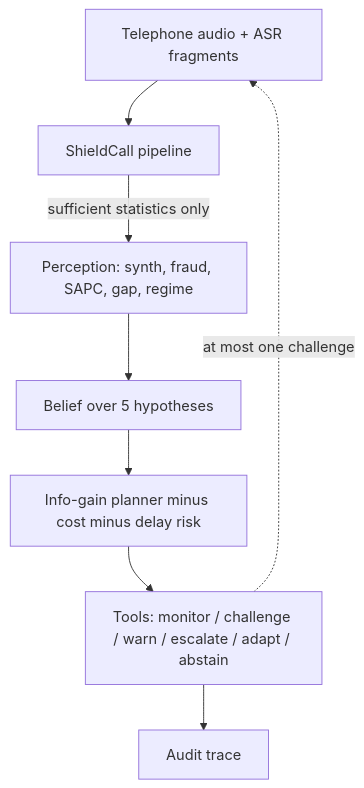
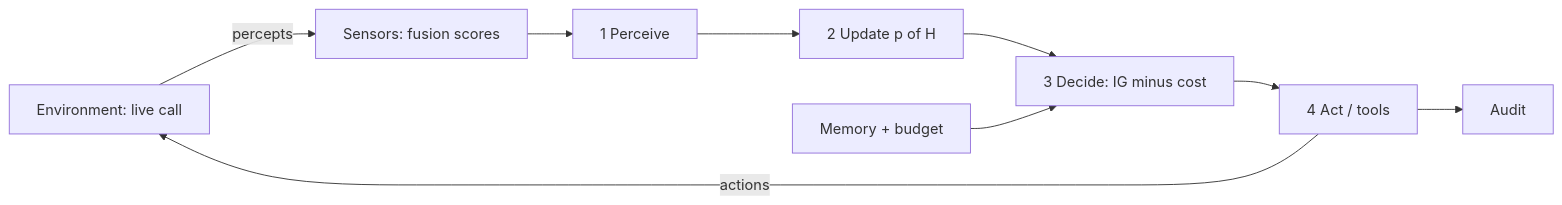
The diagram in docs/ARCHITECTURE.md (vmercel/shieldcall-core), drawn with Mermaid before and after one commit. The commit also changed other lines of this file and 76 other files, not shown here.

````diff
--- a/docs/ARCHITECTURE.md
+++ b/docs/ARCHITECTURE.md
@@ -11,10 +11,11 @@
 ```mermaid
-flowchart TB
-  Call[Telephone audio + ASR fragments] --> Pipe[ShieldCall pipeline]
-  Pipe -->|sufficient statistics only| Perc[Perception: synth, fraud, SAPC, gap, regime]
-  Perc --> Belief[Belief over 5 hypotheses]
-  Belief --> Plan[Info-gain planner minus cost minus delay risk]
-  Plan --> Tools[Tools: monitor / challenge / warn / escalate / adapt / abstain]
-  Tools --> Trace[Audit trace]
-  Tools -.->|"at most one challenge"| Call
+flowchart LR
+  Env[Environment: live call] -->|percepts| Sens[Sensors: fusion scores]
+  Sens --> Perc[1 Perceive]
+  Perc --> Upd[2 Update p of H]
+  Upd --> Dec[3 Decide: IG minus cost]
+  Dec --> Act[4 Act / tools]
+  Act -->|actions| Env
+  Act --> Trace[Audit]
+  Mem[Memory + budget] --> Dec
 ```
````
